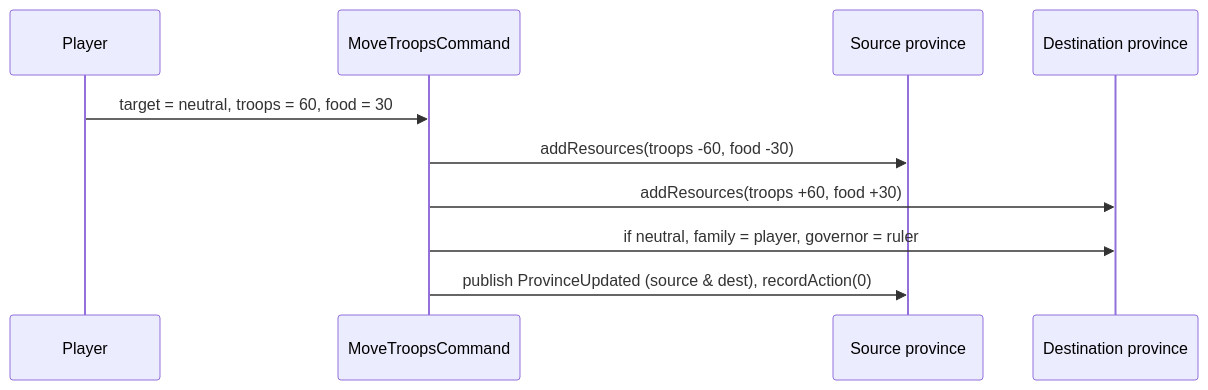
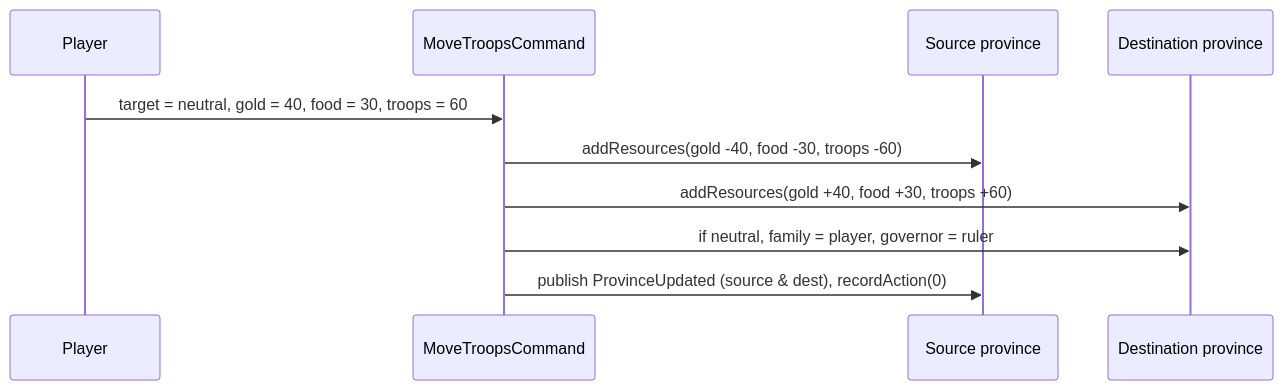
The third of 3 diagrams in gemfire/docs/design/05-armies-and-movement.md (pslotinsky/kunstkamera), drawn with Mermaid before and after one commit. The commit also changed other lines of this file and 5 other files, not shown here.

Commit message:
feat(gemfire): move troops also moves gold

````diff
--- a/gemfire/docs/design/05-armies-and-movement.md
+++ b/gemfire/docs/design/05-armies-and-movement.md
@@ -92,12 +93,12 @@
 ```mermaid
 sequenceDiagram
   participant Player
   participant Move as MoveTroopsCommand
   participant Source as Source province
   participant Dest as Destination province
-  Player->>Move: target = neutral, troops = 60, food = 30
-  Move->>Source: addResources(troops -60, food -30)
-  Move->>Dest: addResources(troops +60, food +30)
+  Player->>Move: target = neutral, gold = 40, food = 30, troops = 60
+  Move->>Source: addResources(gold -40, food -30, troops -60)
+  Move->>Dest: addResources(gold +40, food +30, troops +60)
   Move->>Dest: if neutral, family = player, governor = ruler
   Move->>Source: publish ProvinceUpdated (source & dest), recordAction(0)
 ```
````
